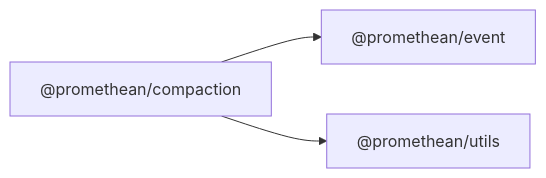
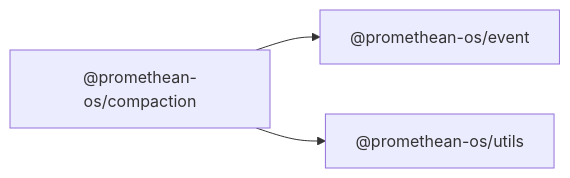
Before and after one commit to octave-commons/promethean: the diagram in docs/packages/compaction/README.md, drawn with Mermaid. The commit also changed other lines of this file and 1753 other files, not shown here.

````diff
--- a/docs/packages/compaction/README.md
+++ b/docs/packages/compaction/README.md
@@ -14,10 +14,10 @@
 ```mermaid
 graph LR
-  A["@promethean/compaction"]
-  D1["@promethean/event"]
-  D2["@promethean/utils"]
-  A --> D1["@promethean/event"]
-  A --> D2["@promethean/utils"]
-  click D1 "../event/README.md" "@promethean/event"
-  click D2 "../utils/README.md" "@promethean/utils"
+  A["@promethean-os/compaction"]
+  D1["@promethean-os/event"]
+  D2["@promethean-os/utils"]
+  A --> D1["@promethean-os/event"]
+  A --> D2["@promethean-os/utils"]
+  click D1 "../event/README.md" "@promethean-os/event"
+  click D2 "../utils/README.md" "@promethean-os/utils"
 ```
````
